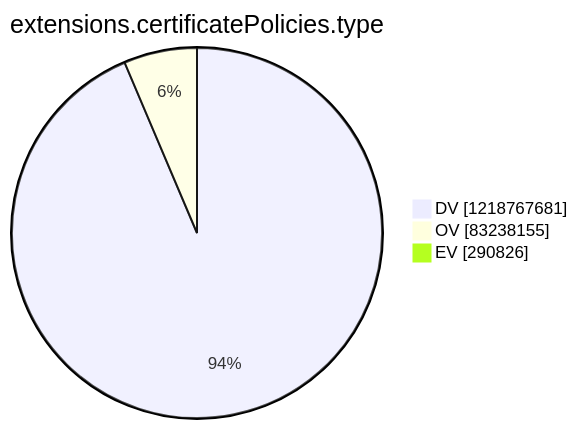
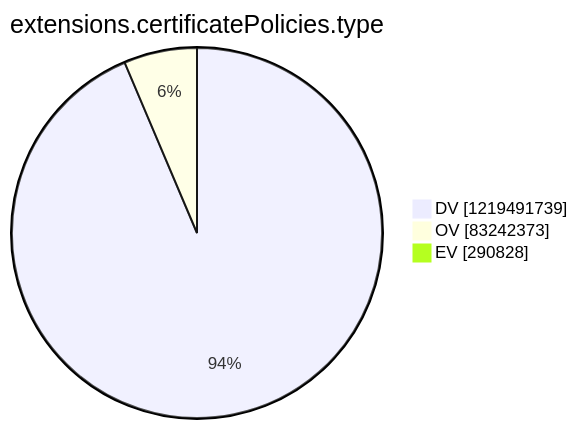
The tenth of 15 diagrams in argon2022/README.md (christiankrug/ctmonitor_visualization), drawn with Mermaid before and after one commit. The commit also changed other lines of this file, not shown here.

````diff
--- a/argon2022/README.md
+++ b/argon2022/README.md
@@ -2769,7 +2769,7 @@
 ```mermaid
 pie showData
 title extensions.certificatePolicies.type
-"DV" :1218767681
-"OV" :83238155
-"EV" :290826
+"DV" :1219491739
+"OV" :83242373
+"EV" :290828
 ```
````
